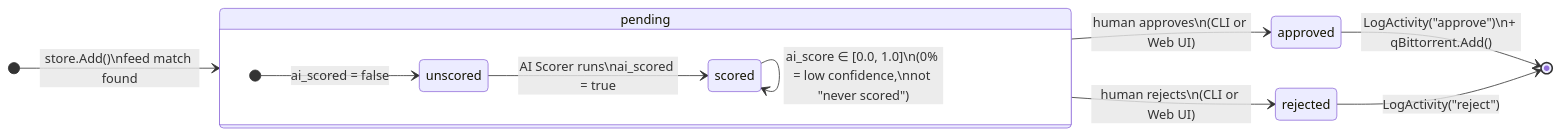
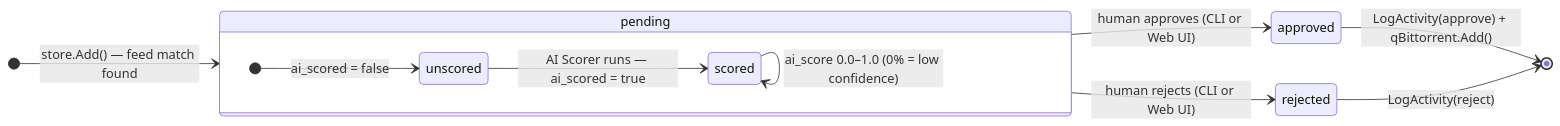
Before and after one commit to killakam3084/rss-curator: the second of 3 diagrams in docs/ARCHITECTURE.md, drawn with Mermaid. The commit also changed other lines of this file and 1 other file, not shown here.

Commit message:
docs: fix Mermaid line breaks (\n -> <br/>, simplify stateDiagram labels)

````diff
--- a/docs/ARCHITECTURE.md
+++ b/docs/ARCHITECTURE.md
@@ -51,18 +51,18 @@
 ```mermaid
 stateDiagram-v2
     direction LR
-    [*] --> pending : store.Add()\nfeed match found
+    [*] --> pending : store.Add() — feed match found
 
     state pending {
         direction LR
         [*] --> unscored : ai_scored = false
-        unscored --> scored : AI Scorer runs\nai_scored = true
-        scored --> scored : ai_score ∈ [0.0, 1.0]\n(0% = low confidence,\nnot "never scored")
+        unscored --> scored : AI Scorer runs — ai_scored = true
+        scored --> scored : ai_score 0.0–1.0 (0% = low confidence)
     }
 
-    pending --> approved : human approves\n(CLI or Web UI)
-    pending --> rejected : human rejects\n(CLI or Web UI)
+    pending --> approved : human approves (CLI or Web UI)
+    pending --> rejected : human rejects (CLI or Web UI)
 
-    approved --> [*] : LogActivity("approve")\n+ qBittorrent.Add()
-    rejected --> [*] : LogActivity("reject")
+    approved --> [*] : LogActivity(approve) + qBittorrent.Add()
+    rejected --> [*] : LogActivity(reject)
 ```
````
